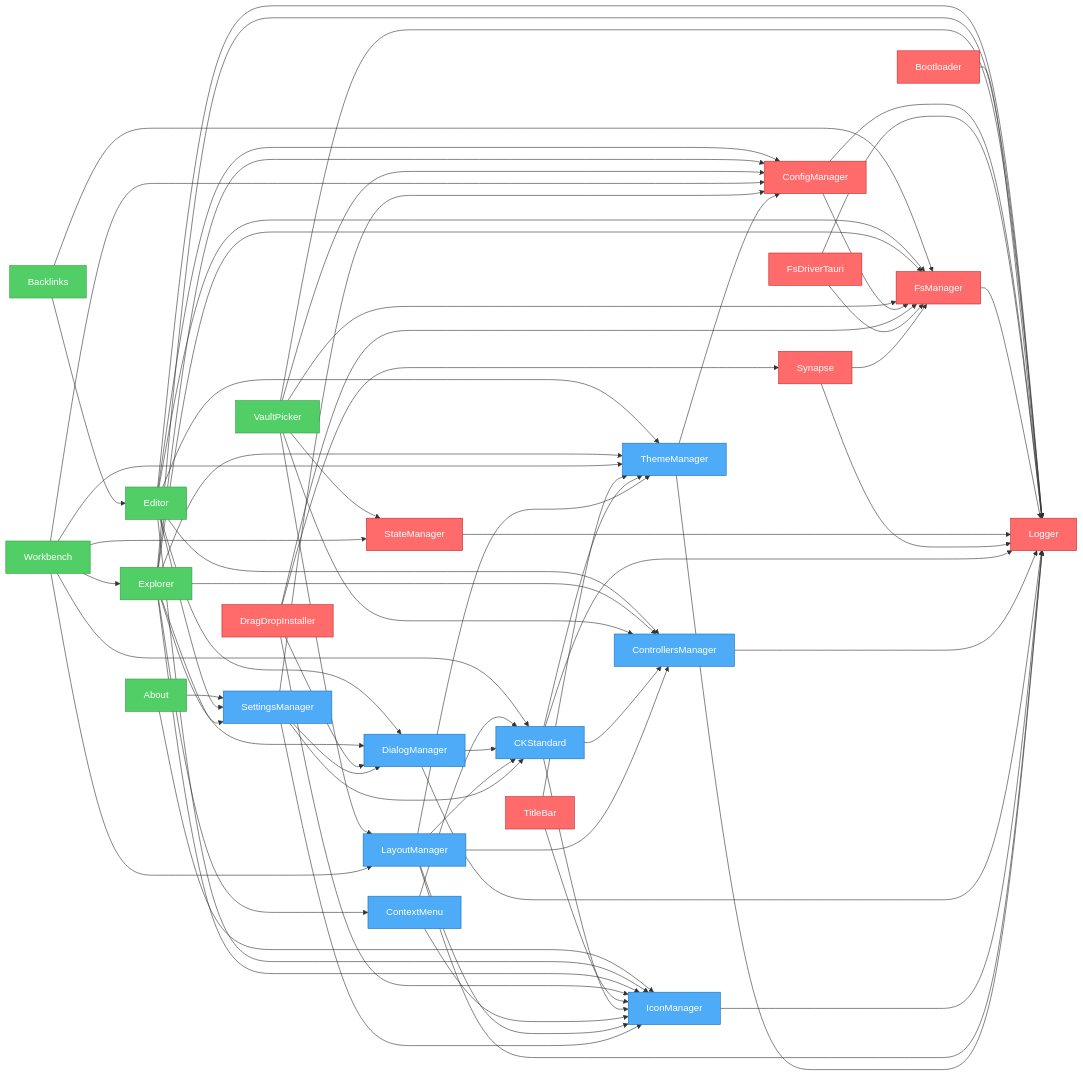
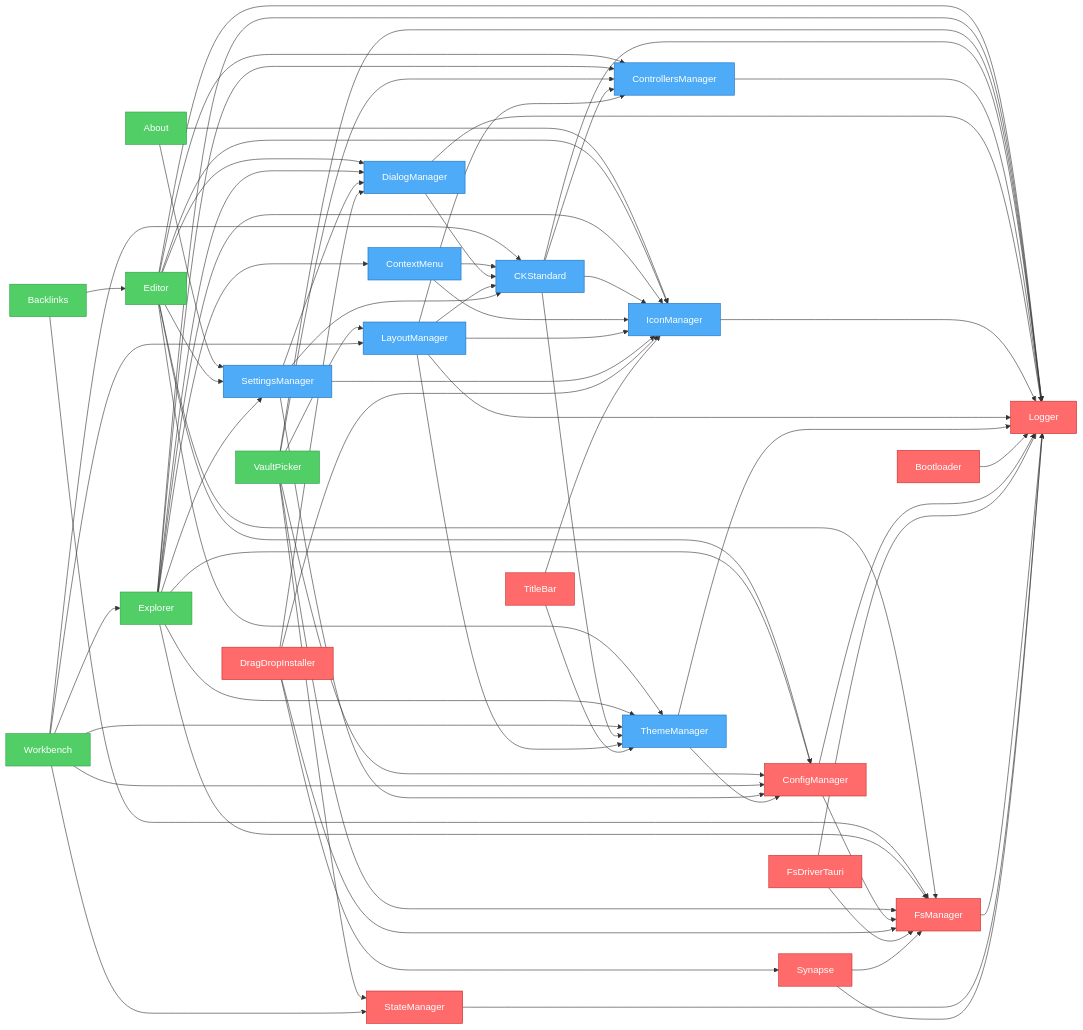
Before and after one commit to khton-tech/notehub.md: the diagram in artifacts/graph.mmd, drawn with Mermaid. The commit also changed 15 other files, not shown here.

Commit message:
feat: implement React-CodeMirror bridge for editor components and add backlinks plugin.

```diff
--- a/artifacts/graph.mmd
+++ b/artifacts/graph.mmd
@@ -1,102 +1,102 @@
 flowchart LR
     nh_features_about["About"]
+    nh_features_editor["Editor"]
     nh_features_backlinks["Backlinks"]
-    nh_features_editor["Editor"]
     nh_features_explorer["Explorer"]
     nh_features_vault-picker["VaultPicker"]
     nh_features_workbench["Workbench"]
+    nh_ui_ck-standard["CKStandard"]
+    nh_ui_context-menu["ContextMenu"]
+    nh_ui_controllers-manager["ControllersManager"]
+    nh_ui_dialog-manager["DialogManager"]
+    nh_ui_icon-manager["IconManager"]
+    nh_ui_layout-manager["LayoutManager"]
+    nh_ui_settings-manager["SettingsManager"]
+    nh_ui_theme-manager["ThemeManager"]
     nh_system_bootloader["Bootloader"]
     nh_system_config-manager["ConfigManager"]
     nh_system_drag-drop["DragDropInstaller"]
     nh_system_fs-driver-tauri["FsDriverTauri"]
     nh_system_fs-manager["FsManager"]
     nh_system_logger["Logger"]
     nh_system_state-manager["StateManager"]
     nh_system_synapse["Synapse"]
     nh_system_titlebar["TitleBar"]
-    nh_ui_ck-standard["CKStandard"]
-    nh_ui_context-menu["ContextMenu"]
-    nh_ui_controllers-manager["ControllersManager"]
-    nh_ui_dialog-manager["DialogManager"]
-    nh_ui_icon-manager["IconManager"]
-    nh_ui_layout-manager["LayoutManager"]
-    nh_ui_settings-manager["SettingsManager"]
-    nh_ui_theme-manager["ThemeManager"]
     nh_features_about --> nh_ui_settings-manager
     nh_features_about --> nh_ui_icon-manager
-    nh_features_backlinks --> nh_features_editor
-    nh_features_backlinks --> nh_system_fs-manager
     nh_features_editor --> nh_system_config-manager
     nh_features_editor --> nh_ui_settings-manager
     nh_features_editor --> nh_system_fs-manager
     nh_features_editor --> nh_system_logger
     nh_features_editor --> nh_ui_controllers-manager
     nh_features_editor --> nh_ui_dialog-manager
     nh_features_editor --> nh_ui_icon-manager
     nh_features_editor --> nh_ui_theme-manager
+    nh_features_backlinks --> nh_features_editor
+    nh_features_backlinks --> nh_system_fs-manager
     nh_features_explorer --> nh_system_config-manager
     nh_features_explorer --> nh_ui_settings-manager
     nh_features_explorer --> nh_system_fs-manager
     nh_features_explorer --> nh_system_logger
     nh_features_explorer --> nh_ui_controllers-manager
     nh_features_explorer --> nh_ui_icon-manager
     nh_features_explorer --> nh_ui_theme-manager
     nh_features_explorer --> nh_ui_context-menu
     nh_features_explorer --> nh_ui_dialog-manager
     nh_features_vault-picker --> nh_system_fs-manager
     nh_features_vault-picker --> nh_system_config-manager
     nh_features_vault-picker --> nh_system_state-manager
     nh_features_vault-picker --> nh_system_logger
     nh_features_vault-picker --> nh_ui_controllers-manager
     nh_features_vault-picker --> nh_ui_layout-manager
     nh_features_workbench --> nh_system_config-manager
     nh_features_workbench --> nh_ui_layout-manager
     nh_features_workbench --> nh_ui_theme-manager
     nh_features_workbench --> nh_ui_ck-standard
     nh_features_workbench --> nh_system_state-manager
     nh_features_workbench --> nh_features_explorer
-    nh_system_bootloader --> nh_system_logger
-    nh_system_config-manager --> nh_system_logger
-    nh_system_config-manager --> nh_system_fs-manager
-    nh_system_drag-drop --> nh_ui_icon-manager
-    nh_system_drag-drop --> nh_ui_dialog-manager
-    nh_system_drag-drop --> nh_system_fs-manager
-    nh_system_drag-drop --> nh_system_synapse
-    nh_system_fs-driver-tauri --> nh_system_logger
-    nh_system_fs-driver-tauri --> nh_system_fs-manager
-    nh_system_fs-manager --> nh_system_logger
-    nh_system_state-manager --> nh_system_logger
-    nh_system_synapse --> nh_system_fs-manager
-    nh_system_synapse --> nh_system_logger
-    nh_system_titlebar --> nh_ui_icon-manager
-    nh_system_titlebar --> nh_ui_theme-manager
     nh_ui_ck-standard --> nh_system_logger
     nh_ui_ck-standard --> nh_ui_controllers-manager
     nh_ui_ck-standard --> nh_ui_icon-manager
     nh_ui_ck-standard --> nh_ui_theme-manager
     nh_ui_context-menu --> nh_ui_icon-manager
     nh_ui_context-menu --> nh_ui_ck-standard
     nh_ui_controllers-manager --> nh_system_logger
     nh_ui_dialog-manager --> nh_system_logger
     nh_ui_dialog-manager --> nh_ui_ck-standard
     nh_ui_icon-manager --> nh_system_logger
     nh_ui_layout-manager --> nh_system_logger
     nh_ui_layout-manager --> nh_ui_theme-manager
     nh_ui_layout-manager --> nh_ui_icon-manager
     nh_ui_layout-manager --> nh_ui_controllers-manager
     nh_ui_layout-manager --> nh_ui_ck-standard
     nh_ui_settings-manager --> nh_system_config-manager
     nh_ui_settings-manager --> nh_ui_ck-standard
     nh_ui_settings-manager --> nh_ui_icon-manager
     nh_ui_settings-manager --> nh_ui_dialog-manager
     nh_ui_theme-manager --> nh_system_logger
     nh_ui_theme-manager --> nh_system_config-manager
+    nh_system_bootloader --> nh_system_logger
+    nh_system_config-manager --> nh_system_logger
+    nh_system_config-manager --> nh_system_fs-manager
+    nh_system_drag-drop --> nh_ui_icon-manager
+    nh_system_drag-drop --> nh_ui_dialog-manager
+    nh_system_drag-drop --> nh_system_fs-manager
+    nh_system_drag-drop --> nh_system_synapse
+    nh_system_fs-driver-tauri --> nh_system_logger
+    nh_system_fs-driver-tauri --> nh_system_fs-manager
+    nh_system_fs-manager --> nh_system_logger
+    nh_system_state-manager --> nh_system_logger
+    nh_system_synapse --> nh_system_fs-manager
+    nh_system_synapse --> nh_system_logger
+    nh_system_titlebar --> nh_ui_icon-manager
+    nh_system_titlebar --> nh_ui_theme-manager
 
     %% Styles
     classDef system fill:#ff6b6b,stroke:#c92a2a,color:#fff
     classDef ui fill:#4dabf7,stroke:#1971c2,color:#fff
     classDef feature fill:#51cf66,stroke:#2f9e44,color:#fff
-    class nh_features_about,nh_features_vault-picker feature
-    class nh_features_backlinks,nh_features_editor,nh_features_explorer,nh_features_workbench feature
+    class nh_features_about,nh_features_backlinks,nh_features_vault-picker feature
+    class nh_features_editor,nh_features_explorer,nh_features_workbench feature
+    class nh_ui_ck-standard,nh_ui_context-menu,nh_ui_controllers-manager,nh_ui_dialog-manager,nh_ui_icon-manager,nh_ui_layout-manager,nh_ui_settings-manager,nh_ui_theme-manager ui
     class nh_system_bootloader,nh_system_config-manager,nh_system_drag-drop,nh_system_fs-driver-tauri,nh_system_fs-manager,nh_system_logger,nh_system_state-manager,nh_system_synapse,nh_system_titlebar system
-    class nh_ui_ck-standard,nh_ui_context-menu,nh_ui_controllers-manager,nh_ui_dialog-manager,nh_ui_icon-manager,nh_ui_layout-manager,nh_ui_settings-manager,nh_ui_theme-manager ui
```
